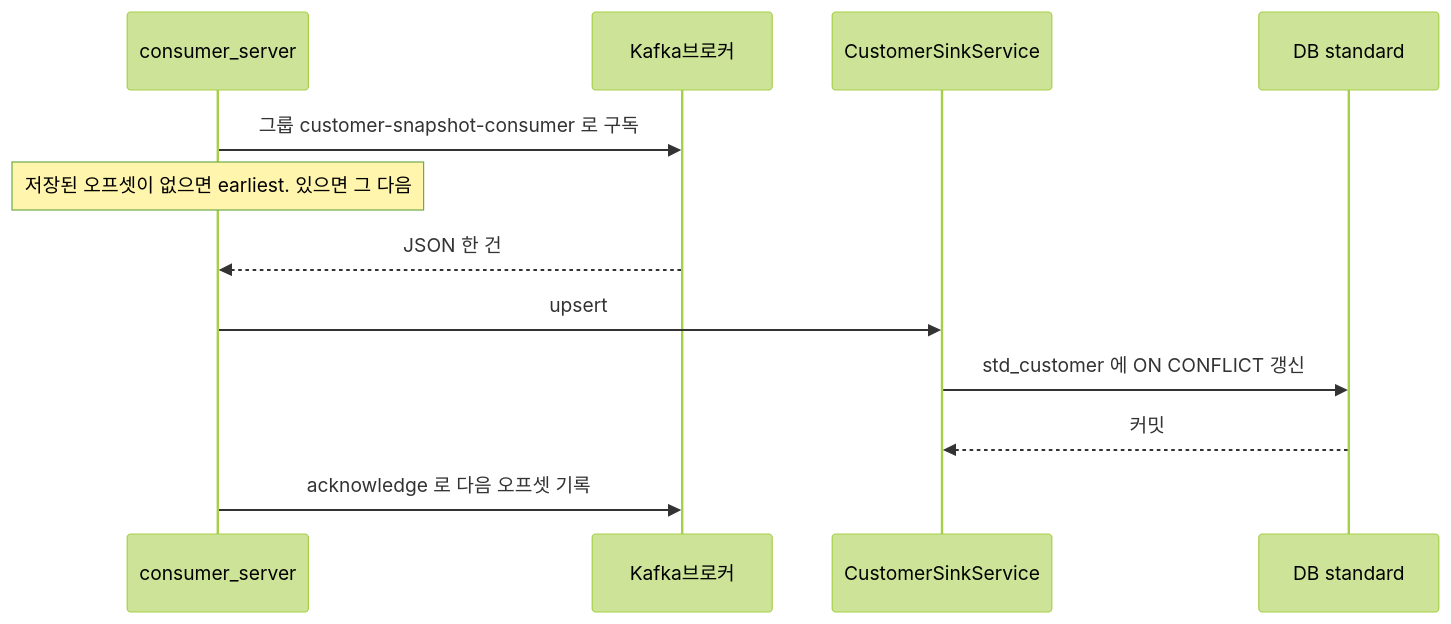
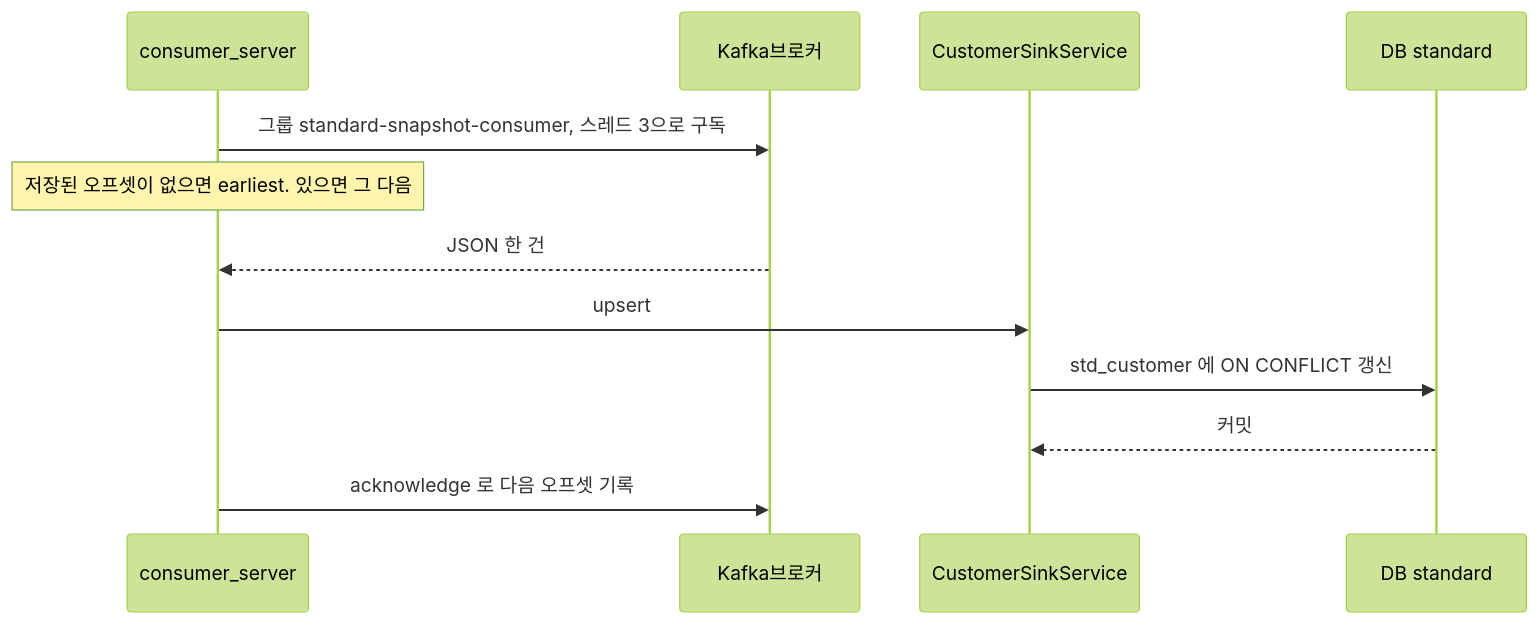
One commit to zustarttf/kafka_test changed the third of 3 diagrams in docs/kafka.md. Above: the diagram before and after it, drawn with Mermaid (forest theme). The commit also changed other lines of this file and 4 other files, not shown here.

````diff
--- a/docs/kafka.md
+++ b/docs/kafka.md
@@ -70,15 +70,15 @@
 ```mermaid
 sequenceDiagram
   participant Boot as consumer_server
   participant Broker as Kafka브로커
   participant Sink as CustomerSinkService
   participant Db as DB standard
 
-  Boot->>Broker: 그룹 customer-snapshot-consumer 로 구독
+  Boot->>Broker: 그룹 standard-snapshot-consumer, 스레드 3으로 구독
   Note over Boot: 저장된 오프셋이 없으면 earliest. 있으면 그 다음
   Broker-->>Boot: JSON 한 건
   Boot->>Sink: upsert
   Sink->>Db: std_customer 에 ON CONFLICT 갱신
   Db-->>Sink: 커밋
   Boot->>Broker: acknowledge 로 다음 오프셋 기록
 ```
````
